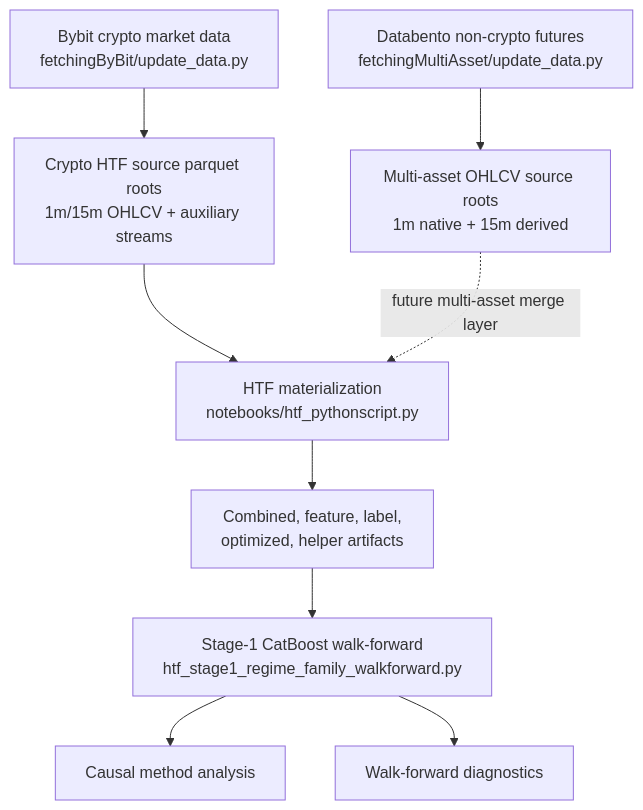
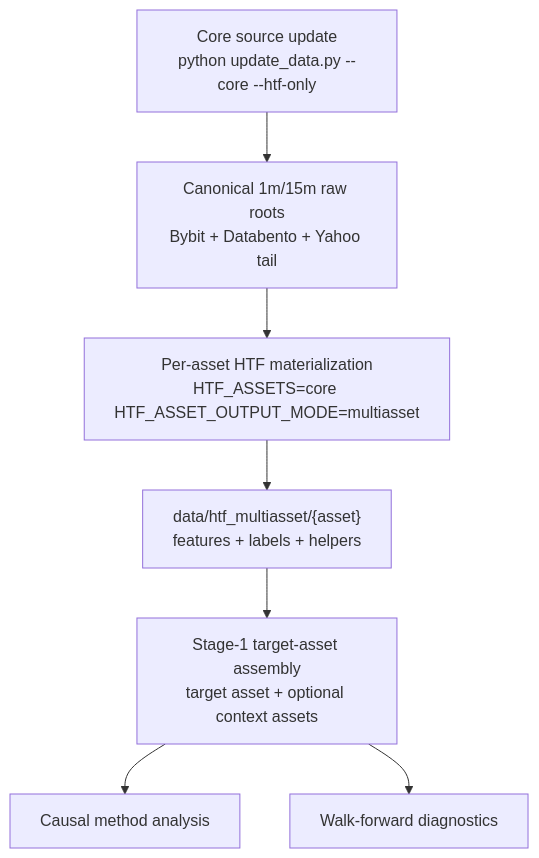
Before and after one commit to Pr3ez/RiskYieldMM: the diagram in README.md, drawn with Mermaid. The commit also changed other lines of this file and 23 other files, not shown here.

Commit message:
Update data fetching and feature computation for multi asset

````diff
--- a/README.md
+++ b/README.md
@@ -332,11 +348,9 @@
 ```mermaid
 flowchart TD
-    A["Bybit crypto market data<br/>fetchingByBit/update_data.py"] --> B["Crypto HTF source parquet roots<br/>1m/15m OHLCV + auxiliary streams"]
-    M["Databento non-crypto futures<br/>fetchingMultiAsset/update_data.py"] --> N["Multi-asset OHLCV source roots<br/>1m native + 15m derived"]
-    B --> C["HTF materialization<br/>notebooks/htf_pythonscript.py"]
-    N -. future multi-asset merge layer .-> C
-    C --> D["Combined, feature, label,<br/>optimized, helper artifacts"]
-    D --> E["Stage-1 CatBoost walk-forward<br/>htf_stage1_regime_family_walkforward.py"]
+    A["Core source update<br/>python update_data.py --core --htf-only"] --> B["Canonical 1m/15m raw roots<br/>Bybit + Databento + Yahoo tail"]
+    B --> C["Per-asset HTF materialization<br/>HTF_ASSETS=core HTF_ASSET_OUTPUT_MODE=multiasset"]
+    C --> D["data/htf_multiasset/{asset}<br/>features + labels + helpers"]
+    D --> E["Stage-1 target-asset assembly<br/>target asset + optional context assets"]
     E --> F["Causal method analysis"]
     E --> G["Walk-forward diagnostics"]
 ```
````
